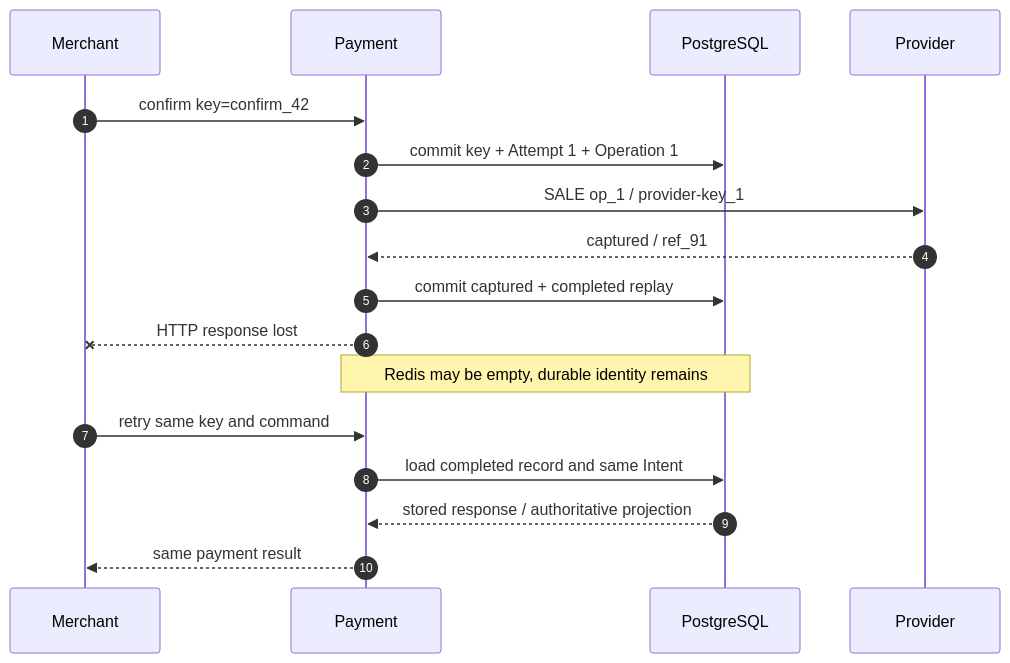
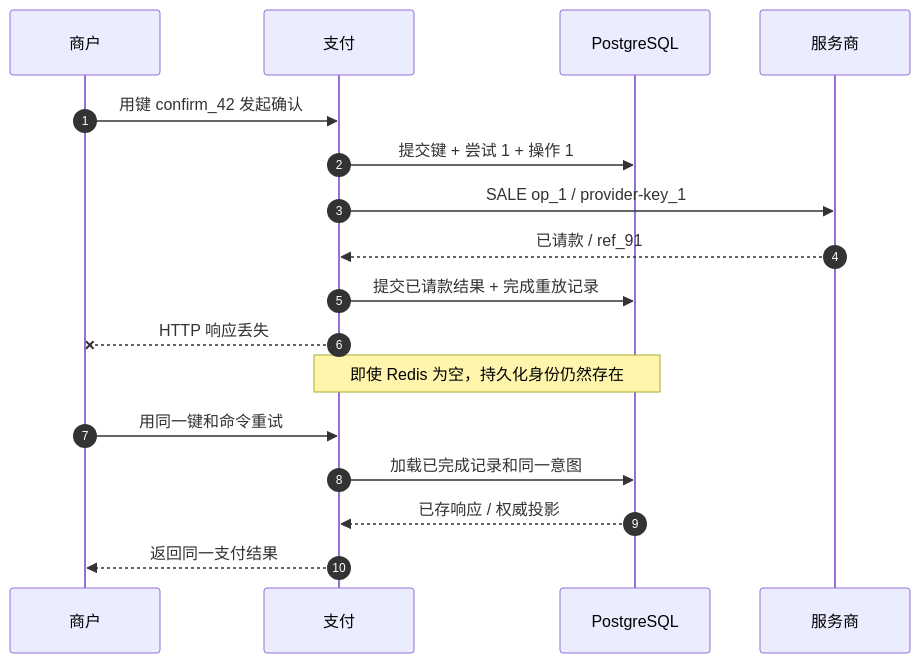
Before and after one commit to YouEclipse/Designing-Modern-Payment-Systems: the third of 5 diagrams in part-3-reliability/idempotency.md, drawn with Mermaid. The commit also changed other lines of this file and 59 other files, not shown here.

````diff
--- a/part-3-reliability/idempotency.md
+++ b/part-3-reliability/idempotency.md
@@ -164,20 +164,20 @@
 ```mermaid
 sequenceDiagram
     autonumber
-    participant M as Merchant
-    participant P as Payment
+    participant M as 商户
+    participant P as 支付
     participant D as PostgreSQL
-    participant X as Provider
+    participant X as 服务商
 
-    M->>P: confirm key=confirm_42
-    P->>D: commit key + Attempt 1 + Operation 1
+    M->>P: 用键 confirm_42 发起确认
+    P->>D: 提交键 + 尝试 1 + 操作 1
     P->>X: SALE op_1 / provider-key_1
-    X-->>P: captured / ref_91
-    P->>D: commit captured + completed replay
-    P--xM: HTTP response lost
-    Note over P,D: Redis may be empty, durable identity remains
-    M->>P: retry same key and command
-    P->>D: load completed record and same Intent
-    D-->>P: stored response / authoritative projection
-    P-->>M: same payment result
+    X-->>P: 已请款 / ref_91
+    P->>D: 提交已请款结果 + 完成重放记录
+    P--xM: HTTP 响应丢失
+    Note over P,D: 即使 Redis 为空，持久化身份仍然存在
+    M->>P: 用同一键和命令重试
+    P->>D: 加载已完成记录和同一意图
+    D-->>P: 已存响应 / 权威投影
+    P-->>M: 返回同一支付结果
 ```
````
